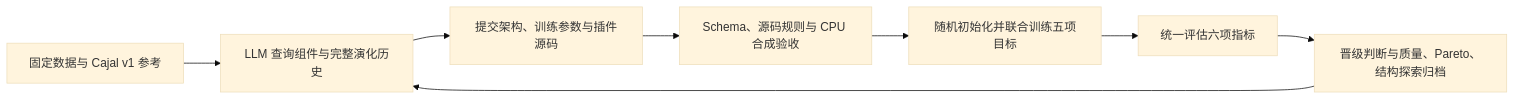
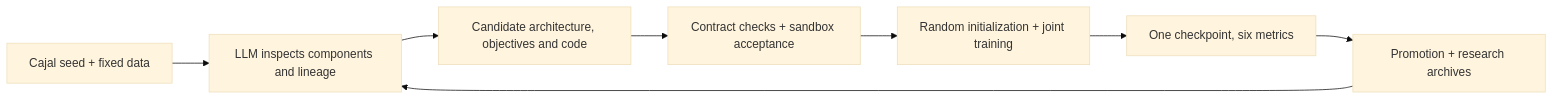
Before and after one commit to novaeve/nanobrain: the diagram in README.md, drawn with Mermaid (base theme). The commit also changed other lines of this file and 1 other file, not shown here.

````diff
--- a/README.md
+++ b/README.md
@@ -23,10 +94,10 @@
 ```mermaid
 flowchart LR
-    A[固定数据与 Cajal v1 参考] --> B[LLM 查询组件与完整演化历史]
-    B --> C[提交架构、训练参数与插件源码]
-    C --> D[Schema、源码规则与 CPU 合成验收]
-    D --> E[随机初始化并联合训练五项目标]
-    E --> F[统一评估六项指标]
-    F --> G[晋级判断与质量、Pareto、结构探索归档]
+    A["Cajal seed + fixed data"] --> B["LLM inspects components and lineage"]
+    B --> C["Candidate architecture, objectives and code"]
+    C --> D["Contract checks + sandbox acceptance"]
+    D --> E["Random initialization + joint training"]
+    E --> F["One checkpoint, six metrics"]
+    F --> G["Promotion + research archives"]
     G --> B
 ```
````
